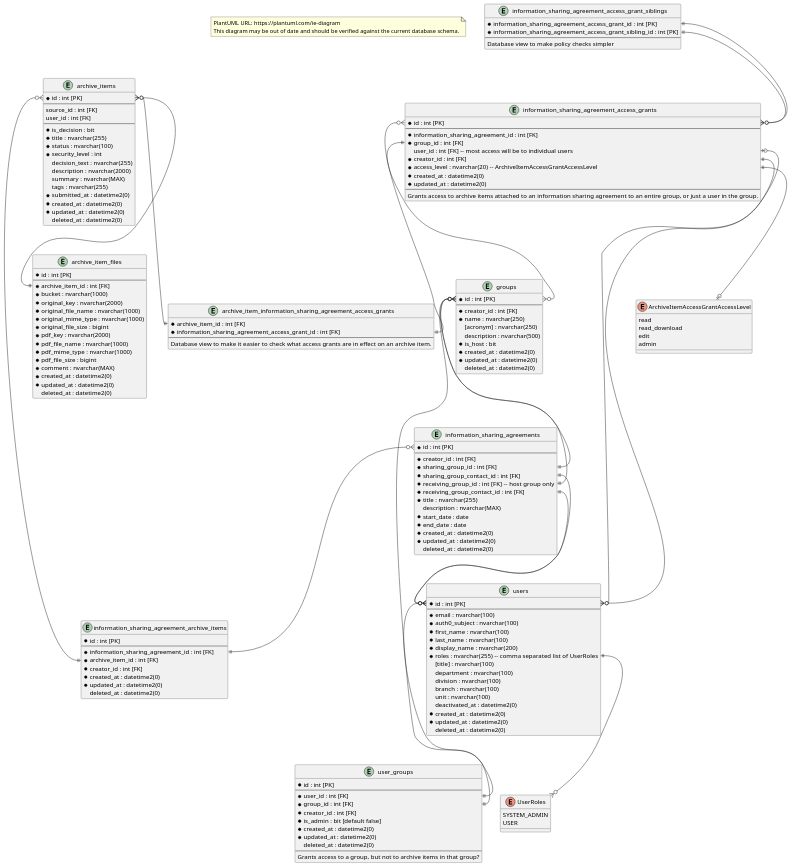
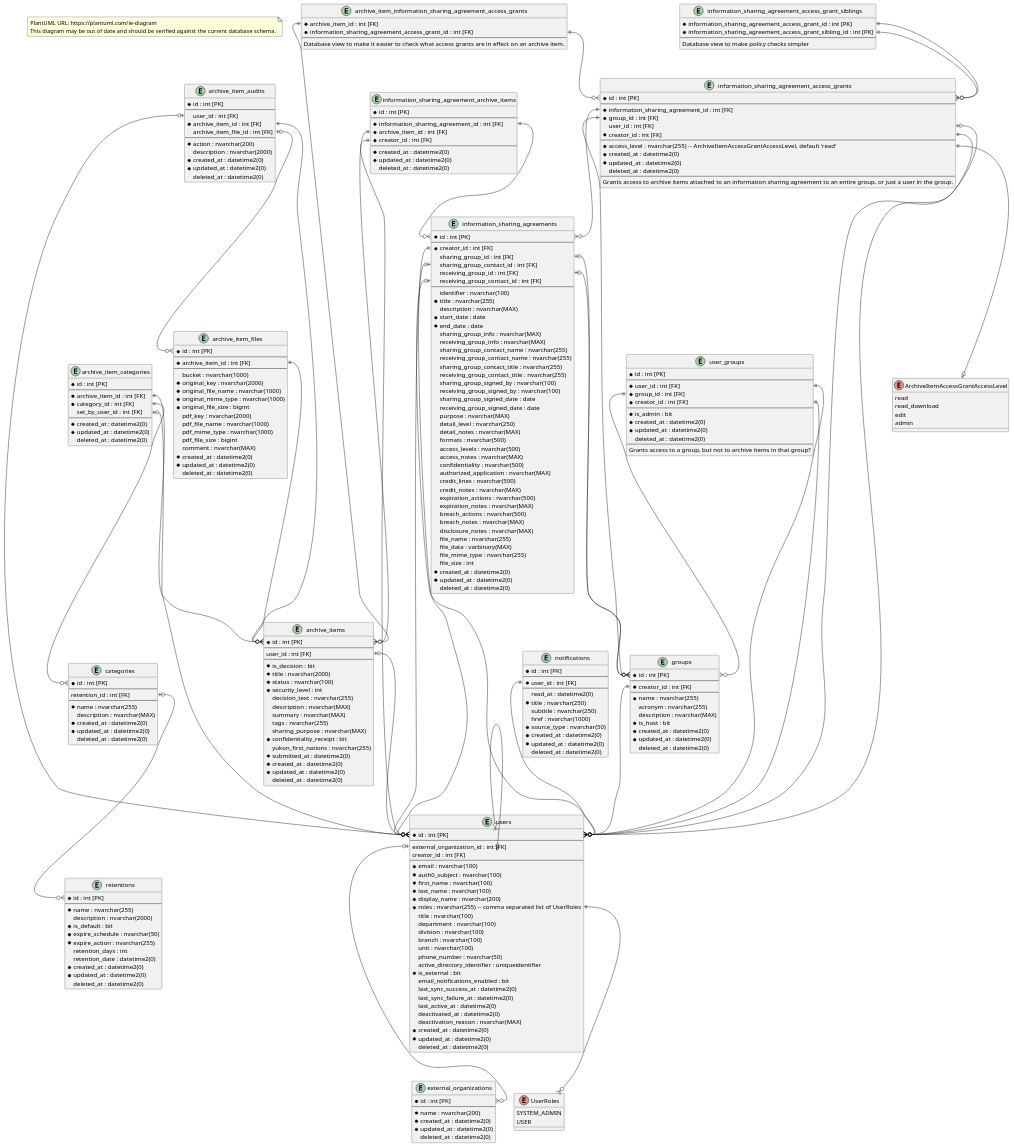
One commit to ytgov/traditional-knowledge changed the diagram in _Design/Entity Relationship Diagram.wsd. Above: the diagram before and after it, drawn with PlantUML. The commit also changed 1 other file, not shown here.

Commit message:
:tophat: Update Entity Relationship Diagram with current database schema.

```diff
--- a/_Design/Entity Relationship Diagram.wsd
+++ b/_Design/Entity Relationship Diagram.wsd
@@ -9,18 +9,46 @@
 entity "archive_items" {
   * id : int [PK]
   --
-  source_id : int [FK]
   user_id : int [FK]
   --
   * is_decision : bit
-  * title : nvarchar(255)
+  * title : nvarchar(2000)
   * status : nvarchar(100)
   * security_level : int
   decision_text : nvarchar(255)
-  description : nvarchar(2000)
+  description : nvarchar(MAX)
   summary : nvarchar(MAX)
   tags : nvarchar(255)
+  sharing_purpose : nvarchar(MAX)
+  * confidentiality_receipt : bit
+  yukon_first_nations : nvarchar(255)
   * submitted_at : datetime2(0)
+  * created_at : datetime2(0)
+  * updated_at : datetime2(0)
+  deleted_at : datetime2(0)
+}
+
+entity "archive_item_audits" {
+  * id : int [PK]
+  --
+  user_id : int [FK]
+  * archive_item_id : int [FK]
+  archive_item_file_id : int [FK]
+  --
+  * action : nvarchar(200)
+  description : nvarchar(2000)
+  * created_at : datetime2(0)
+  * updated_at : datetime2(0)
+  deleted_at : datetime2(0)
+}
+
+entity "archive_item_categories" {
+  * id : int [PK]
+  --
+  * archive_item_id : int [FK]
+  * category_id : int [FK]
+  set_by_user_id : int [FK]
+  --
   * created_at : datetime2(0)
   * updated_at : datetime2(0)
   deleted_at : datetime2(0)
@@ -30,16 +58,17 @@
   * id : int [PK]
   --
   * archive_item_id : int [FK]
-  * bucket : nvarchar(1000)
+  --
+  bucket : nvarchar(1000)
   * original_key : nvarchar(2000)
   * original_file_name : nvarchar(1000)
   * original_mime_type : nvarchar(1000)
   * original_file_size : bigint
-  * pdf_key : nvarchar(2000)
-  * pdf_file_name : nvarchar(1000)
-  * pdf_mime_type : nvarchar(1000)
-  * pdf_file_size : bigint
-  * comment : nvarchar(MAX)
+  pdf_key : nvarchar(2000)
+  pdf_file_name : nvarchar(1000)
+  pdf_mime_type : nvarchar(1000)
+  pdf_file_size : bigint
+  comment : nvarchar(MAX)
   * created_at : datetime2(0)
   * updated_at : datetime2(0)
   deleted_at : datetime2(0)
@@ -52,6 +81,27 @@
   Database view to make it easier to check what access grants are in effect on an archive item.
 }
 
+entity "categories" {
+  * id : int [PK]
+  --
+  retention_id : int [FK]
+  --
+  * name : nvarchar(255)
+  description : nvarchar(MAX)
+  * created_at : datetime2(0)
+  * updated_at : datetime2(0)
+  deleted_at : datetime2(0)
+}
+
+entity "external_organizations" {
+  * id : int [PK]
+  --
+  * name : nvarchar(200)
+  * created_at : datetime2(0)
+  * updated_at : datetime2(0)
+  deleted_at : datetime2(0)
+}
+
 enum ArchiveItemAccessGrantAccessLevel {
   read
   read_download
@@ -59,18 +109,63 @@
   admin
 }
 
+entity "groups" {
+  * id : int [PK]
+  --
+  * creator_id : int [FK]
+  --
+  * name : nvarchar(255)
+  acronym : nvarchar(255)
+  description : nvarchar(MAX)
+  * is_host : bit
+  * created_at : datetime2(0)
+  * updated_at : datetime2(0)
+  deleted_at : datetime2(0)
+}
+
 entity "information_sharing_agreements" {
   * id : int [PK]
   --
   * creator_id : int [FK]
-  * sharing_group_id : int [FK]
-  * sharing_group_contact_id : int [FK]
-  * receiving_group_id : int [FK]  -- host group only
-  * receiving_group_contact_id : int [FK]
+  sharing_group_id : int [FK]
+  sharing_group_contact_id : int [FK]
+  receiving_group_id : int [FK]
+  receiving_group_contact_id : int [FK]
+  --
+  identifier : nvarchar(100)
   * title : nvarchar(255)
   description : nvarchar(MAX)
   * start_date : date
   * end_date : date
+  sharing_group_info : nvarchar(MAX)
+  receiving_group_info : nvarchar(MAX)
+  sharing_group_contact_name : nvarchar(255)
+  receiving_group_contact_name : nvarchar(255)
+  sharing_group_contact_title : nvarchar(255)
+  receiving_group_contact_title : nvarchar(255)
+  sharing_group_signed_by : nvarchar(100)
+  receiving_group_signed_by : nvarchar(100)
+  sharing_group_signed_date : date
+  receiving_group_signed_date : date
+  purpose : nvarchar(MAX)
+  detail_level : nvarchar(250)
+  detail_notes : nvarchar(MAX)
+  formats : nvarchar(500)
+  access_levels : nvarchar(500)
+  access_notes : nvarchar(MAX)
+  confidentiality : nvarchar(500)
+  authorized_application : nvarchar(MAX)
+  credit_lines : nvarchar(500)
+  credit_notes : nvarchar(MAX)
+  expiration_actions : nvarchar(500)
+  expiration_notes : nvarchar(MAX)
+  breach_actions : nvarchar(500)
+  breach_notes : nvarchar(MAX)
+  disclosure_notes : nvarchar(MAX)
+  file_name : nvarchar(255)
+  file_data : varbinary(MAX)
+  file_mime_type : nvarchar(255)
+  file_size : int
   * created_at : datetime2(0)
   * updated_at : datetime2(0)
   deleted_at : datetime2(0)
@@ -81,11 +176,13 @@
   --
   * information_sharing_agreement_id : int [FK]
   * group_id : int [FK]
-  user_id : int [FK] -- most access will be to individual users
+  user_id : int [FK]
   * creator_id : int [FK]
-  * access_level : nvarchar(20) -- ArchiveItemAccessGrantAccessLevel
+  --
+  * access_level : nvarchar(255) -- ArchiveItemAccessGrantAccessLevel, default 'read'
   * created_at : datetime2(0)
   * updated_at : datetime2(0)
+  deleted_at : datetime2(0)
   --
   Grants access to archive items attached to an information sharing agreement to an entire group, or just a user in the group.
 }
@@ -97,26 +194,43 @@
   Database view to make policy checks simpler
 }
 
-
 entity "information_sharing_agreement_archive_items" {
   * id : int [PK]
   --
   * information_sharing_agreement_id : int [FK]
   * archive_item_id : int [FK]
   * creator_id : int [FK]
+  --
   * created_at : datetime2(0)
   * updated_at : datetime2(0)
   deleted_at : datetime2(0)
 }
 
-entity "groups" {
+entity "notifications" {
   * id : int [PK]
   --
-  * creator_id : int [FK]
-  * name : nvarchar(250)
-  [acronym] : nvarchar(250)
-  description : nvarchar(500)
-  * is_host : bit
+  * user_id : int [FK]
+  --
+  read_at : datetime2(0)
+  * title : nvarchar(250)
+  subtitle : nvarchar(250)
+  href : nvarchar(1000)
+  * source_type : nvarchar(50)
+  * created_at : datetime2(0)
+  * updated_at : datetime2(0)
+  deleted_at : datetime2(0)
+}
+
+entity "retentions" {
+  * id : int [PK]
+  --
+  * name : nvarchar(255)
+  description : nvarchar(2000)
+  * is_default : bit
+  * expire_schedule : nvarchar(50)
+  * expire_action : nvarchar(255)
+  retention_days : int
+  retention_date : datetime2(0)
   * created_at : datetime2(0)
   * updated_at : datetime2(0)
   deleted_at : datetime2(0)
@@ -125,18 +239,29 @@
 entity "users" {
   * id : int [PK]
   --
+  external_organization_id : int [FK]
+  creator_id : int [FK]
+  --
   * email : nvarchar(100)
   * auth0_subject : nvarchar(100)
   * first_name : nvarchar(100)
   * last_name : nvarchar(100)
   * display_name : nvarchar(200)
   * roles : nvarchar(255) -- comma separated list of UserRoles
-  [title] : nvarchar(100)
+  title : nvarchar(100)
   department : nvarchar(100)
   division : nvarchar(100)
   branch : nvarchar(100)
   unit : nvarchar(100)
+  phone_number : nvarchar(50)
+  active_directory_identifier : uniqueidentifier
+  * is_external : bit
+  email_notifications_enabled : bit
+  last_sync_success_at : datetime2(0)
+  last_sync_failure_at : datetime2(0)
+  last_active_at : datetime2(0)
   deactivated_at : datetime2(0)
+  deactivation_reason : nvarchar(MAX)
   * created_at : datetime2(0)
   * updated_at : datetime2(0)
   deleted_at : datetime2(0)
@@ -153,7 +278,8 @@
   * user_id : int [FK]
   * group_id : int [FK]
   * creator_id : int [FK]
-  * is_admin : bit [default false]
+  --
+  * is_admin : bit
   * created_at : datetime2(0)
   * updated_at : datetime2(0)
   deleted_at : datetime2(0)
@@ -162,22 +288,38 @@
 }
 
 ' Relationships
-archive_items::id }o--|| archive_item_files::archive_item_id
-archive_items::id }o--|| information_sharing_agreement_archive_items::archive_item_id
-archive_items::id }o--|| archive_item_information_sharing_agreement_access_grants::archive_item_id
-groups::id }o--|| information_sharing_agreements::receiving_group_id
-groups::id }o--|| information_sharing_agreements::sharing_group_id
-groups::id }o--|| user_groups::group_id
-information_sharing_agreement_access_grants::group_id ||--o{ groups::id
-information_sharing_agreement_access_grants::user_id |o--o{ users::id
-information_sharing_agreement_access_grants::creator_id ||--o{ users::id
-information_sharing_agreement_access_grants::access_level ||--o| ArchiveItemAccessGrantAccessLevel
-information_sharing_agreement_access_grants::id }o--|| archive_item_information_sharing_agreement_access_grants::information_sharing_agreement_access_grant_id
-information_sharing_agreements::id }o--|| information_sharing_agreement_archive_items::information_sharing_agreement_id
-information_sharing_agreements::receiving_group_contact_id ||--o{ users::id
-information_sharing_agreements::sharing_group_contact_id ||--o{ users::id
+archive_item_audits::archive_item_id ||--o{ archive_items::id
+archive_item_audits::archive_item_file_id |o--o{ archive_item_files::id
+archive_item_audits::user_id |o--o{ users::id
+archive_item_categories::archive_item_id ||--o{ archive_items::id
+archive_item_categories::category_id ||--o{ categories::id
+archive_item_categories::set_by_user_id |o--o{ users::id
+archive_item_files::archive_item_id ||--o{ archive_items::id
+archive_item_information_sharing_agreement_access_grants::archive_item_id ||--o{ archive_items::id
+archive_item_information_sharing_agreement_access_grants::information_sharing_agreement_access_grant_id ||--o{ information_sharing_agreement_access_grants::id
+archive_items::user_id |o--o{ users::id
+categories::retention_id |o--o{ retentions::id
+groups::creator_id ||--o{ users::id
 information_sharing_agreement_access_grant_siblings::information_sharing_agreement_access_grant_id ||--o{ information_sharing_agreement_access_grants::id
 information_sharing_agreement_access_grant_siblings::information_sharing_agreement_access_grant_sibling_id ||--o{ information_sharing_agreement_access_grants::id
-users::id }o--|| user_groups::user_id
+information_sharing_agreement_access_grants::access_level ||--o| ArchiveItemAccessGrantAccessLevel
+information_sharing_agreement_access_grants::creator_id ||--o{ users::id
+information_sharing_agreement_access_grants::group_id ||--o{ groups::id
+information_sharing_agreement_access_grants::information_sharing_agreement_id ||--o{ information_sharing_agreements::id
+information_sharing_agreement_access_grants::user_id |o--o{ users::id
+information_sharing_agreement_archive_items::archive_item_id ||--o{ archive_items::id
+information_sharing_agreement_archive_items::creator_id ||--o{ users::id
+information_sharing_agreement_archive_items::information_sharing_agreement_id ||--o{ information_sharing_agreements::id
+information_sharing_agreements::creator_id ||--o{ users::id
+information_sharing_agreements::receiving_group_contact_id |o--o{ users::id
+information_sharing_agreements::receiving_group_id |o--o{ groups::id
+information_sharing_agreements::sharing_group_contact_id |o--o{ users::id
+information_sharing_agreements::sharing_group_id |o--o{ groups::id
+notifications::user_id ||--o{ users::id
+user_groups::creator_id ||--o{ users::id
+user_groups::group_id ||--o{ groups::id
+user_groups::user_id ||--o{ users::id
+users::creator_id |o--o{ users::id
+users::external_organization_id |o--o{ external_organizations::id
 users::roles ||--o{ UserRoles
 @enduml
```
